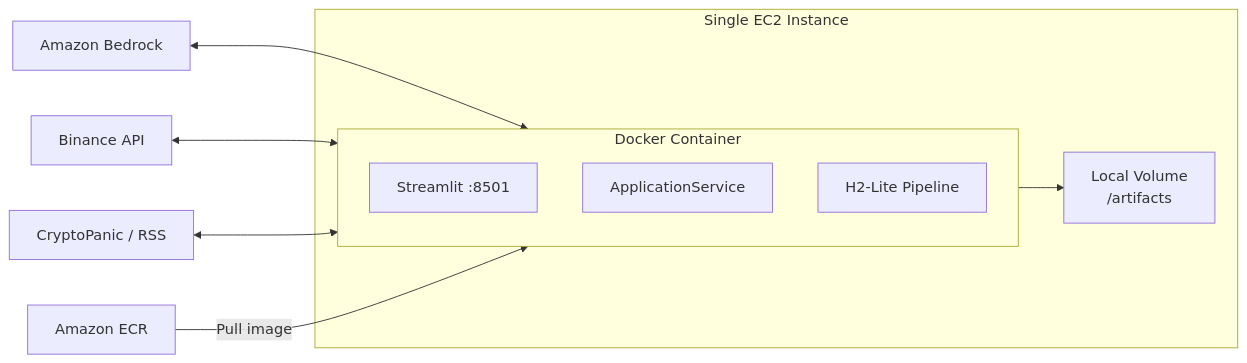
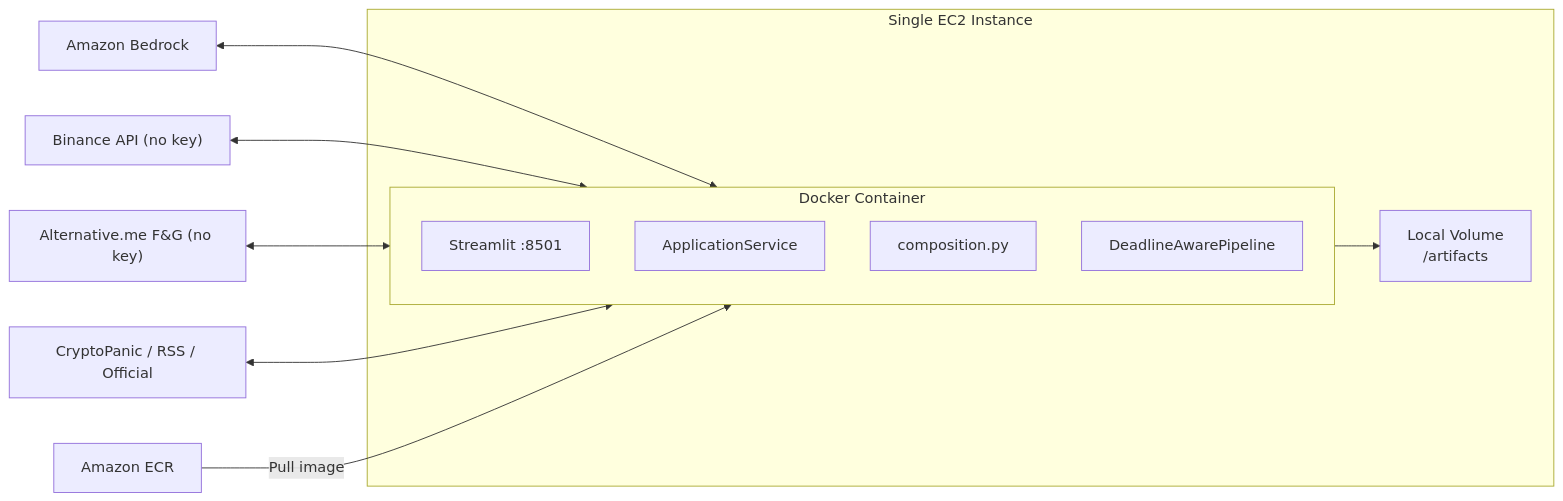
The sixth of 6 diagrams in .agents/summary/architecture.md (kevinzeroCode/hoya-bit-hackathon-agent), drawn with Mermaid before and after one commit. The commit also changed other lines of this file and 15 other files, not shown here.

````diff
--- a/.agents/summary/architecture.md
+++ b/.agents/summary/architecture.md
@@ -213,17 +261,19 @@
 ```mermaid
 flowchart LR
     subgraph EC2["Single EC2 Instance"]
         subgraph Docker["Docker Container"]
             ST["Streamlit :8501"]
             APP["ApplicationService"]
-            Pipeline["H2-Lite Pipeline"]
+            Comp["composition.py"]
+            Pipeline["DeadlineAwarePipeline"]
         end
         Vol["Local Volume<br/>/artifacts"]
     end
     
     Bedrock["Amazon Bedrock"] <--> Docker
-    Binance["Binance API"] <--> Docker
-    News["CryptoPanic / RSS"] <--> Docker
+    Binance["Binance API (no key)"] <--> Docker
+    FG["Alternative.me F&G (no key)"] <--> Docker
+    News["CryptoPanic / RSS / Official"] <--> Docker
     ECR["Amazon ECR"] -->|"Pull image"| Docker
     Docker --> Vol
 ```
````
